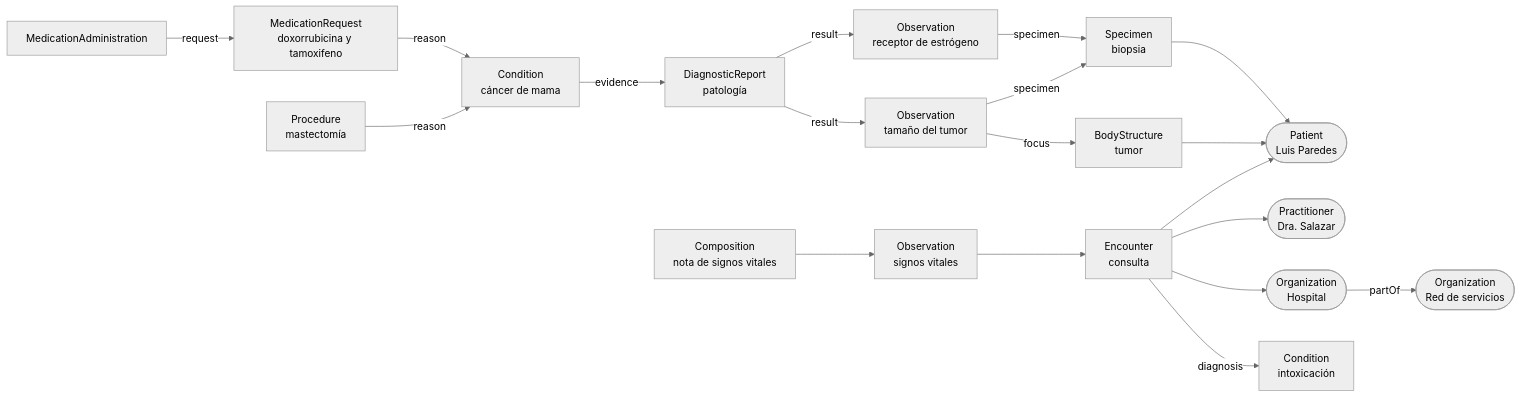
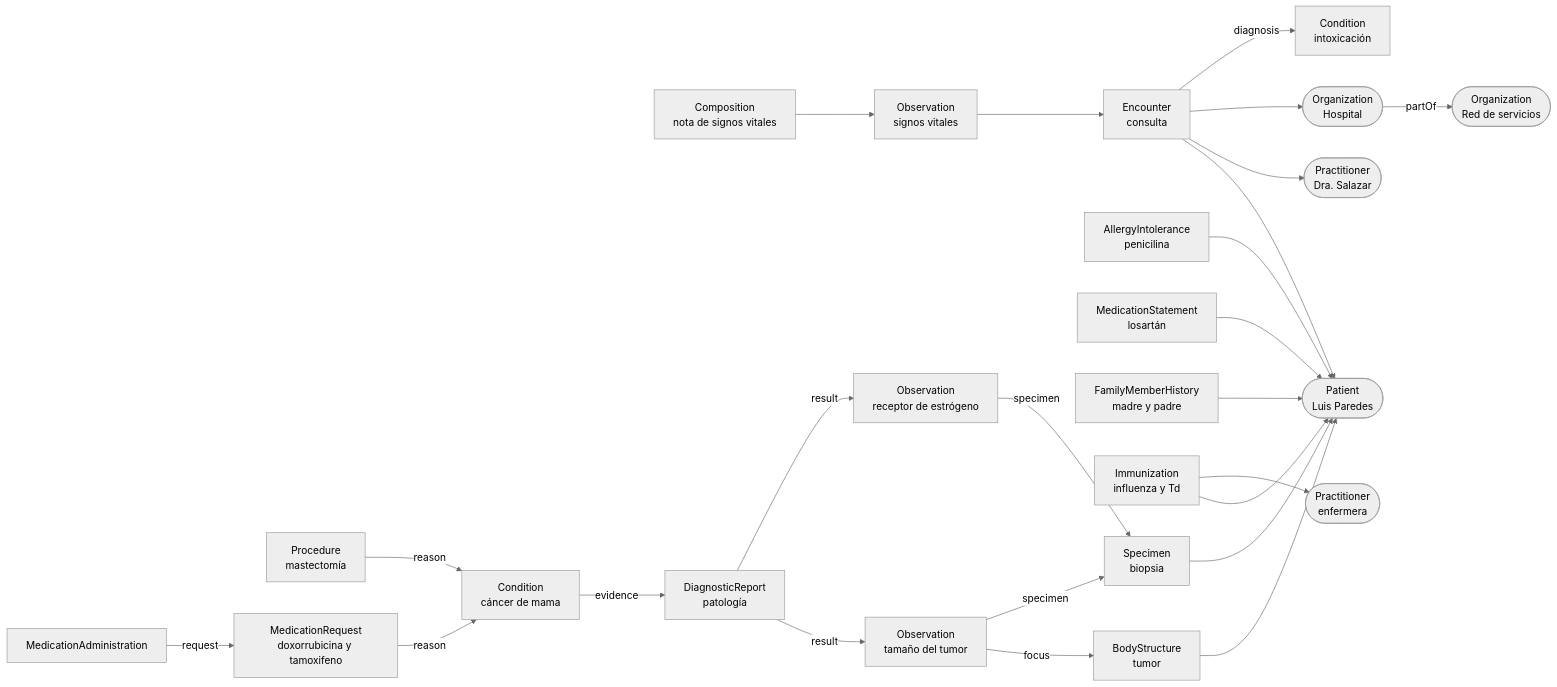
The diagram in README.md (f-slg/aprende-fhir), drawn with Mermaid (neutral theme) before and after one commit. The commit also changed other lines of this file and 142 other files, not shown here.

````diff
--- a/README.md
+++ b/README.md
@@ -98,23 +147,28 @@
 ```mermaid
 flowchart LR
   P([Patient<br/>Luis Paredes])
   Dr([Practitioner<br/>Dra. Salazar])
   H([Organization<br/>Hospital]) -->|partOf| Red([Organization<br/>Red de servicios])
   E[Encounter<br/>consulta] --> P
   E --> Dr
   E --> H
   E -->|diagnosis| C1[Condition<br/>intoxicación]
+  Al[AllergyIntolerance<br/>penicilina] --> P
+  MS[MedicationStatement<br/>losartán] --> P
+  FH[FamilyMemberHistory<br/>madre y padre] --> P
+  Im[Immunization<br/>influenza y Td] --> P
+  Im --> En([Practitioner<br/>enfermera])
   SV[Observation<br/>signos vitales] --> E
   Doc[Composition<br/>nota de signos vitales] --> SV
   BS[BodyStructure<br/>tumor] --> P
   S[Specimen<br/>biopsia] --> P
   OT[Observation<br/>tamaño del tumor] -->|focus| BS
   OT -->|specimen| S
   RE[Observation<br/>receptor de estrógeno] -->|specimen| S
   DR[DiagnosticReport<br/>patología] -->|result| OT
   DR -->|result| RE
   C2[Condition<br/>cáncer de mama] -->|evidence| DR
   Pr[Procedure<br/>mastectomía] -->|reason| C2
   MR[MedicationRequest<br/>doxorrubicina y tamoxifeno] -->|reason| C2
   MA[MedicationAdministration] -->|request| MR
 ```
````
